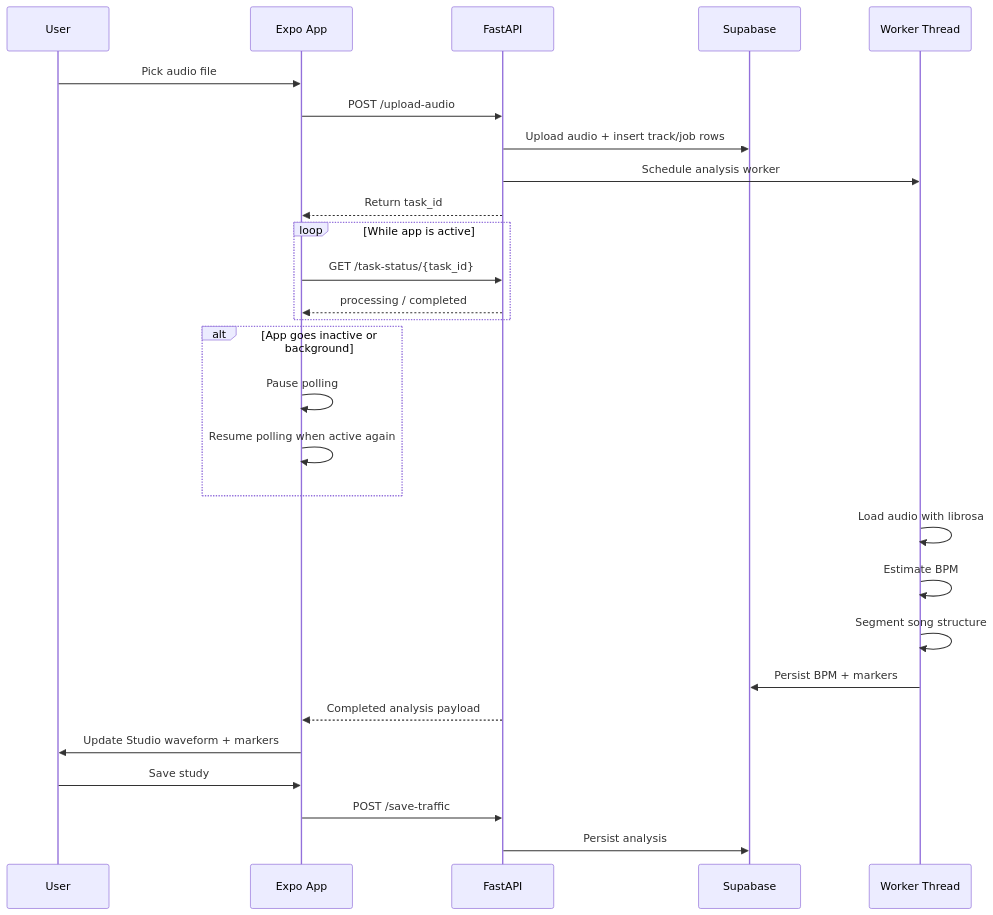
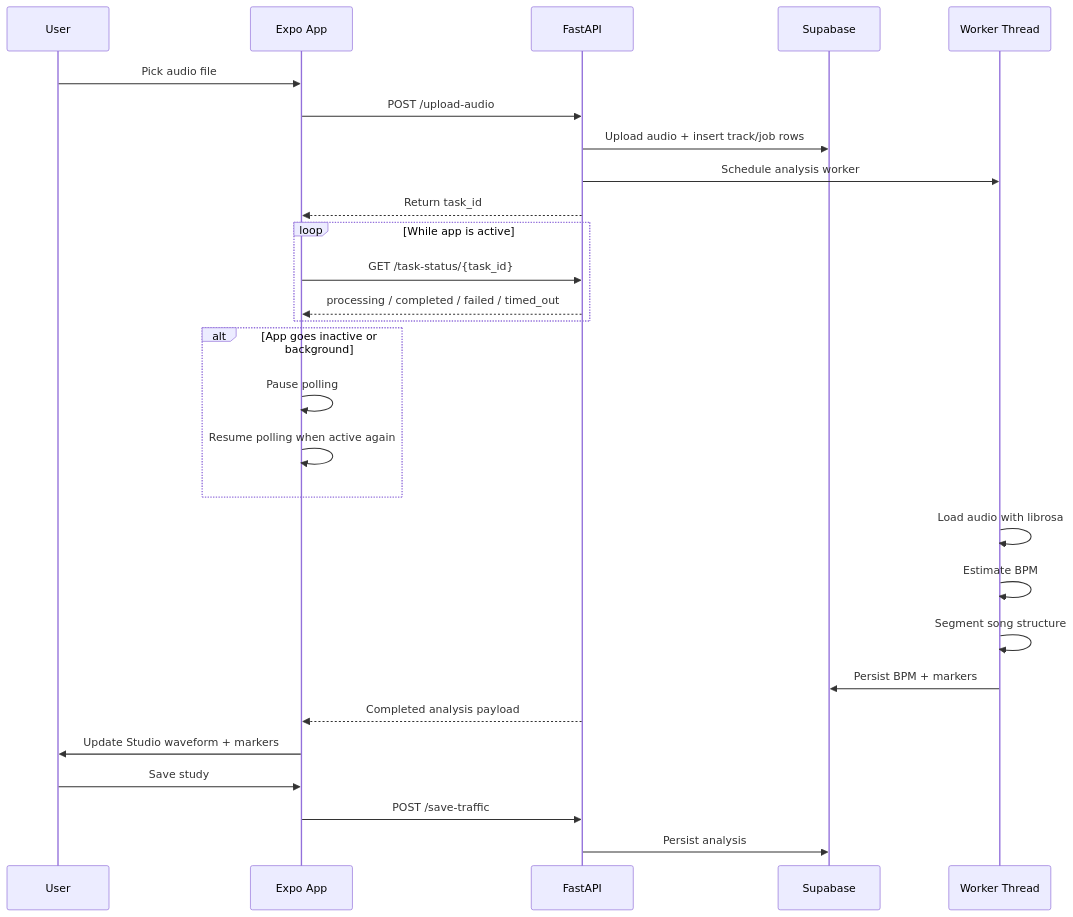
Before and after one commit to Gucera/TuneUp-Shut-the-SOUND-up-: the fifth of 5 diagrams in README.md, drawn with Mermaid. The commit also changed other lines of this file, not shown here.

````diff
--- a/README.md
+++ b/README.md
@@ -438,31 +441,31 @@
 ```mermaid
 sequenceDiagram
     participant U as User
     participant A as Expo App
     participant B as FastAPI
     participant S as Supabase
     participant W as Worker Thread
 
     U->>A: Pick audio file
     A->>B: POST /upload-audio
     B->>S: Upload audio + insert track/job rows
     B->>W: Schedule analysis worker
     B-->>A: Return task_id
     loop While app is active
         A->>B: GET /task-status/{task_id}
-        B-->>A: processing / completed
+        B-->>A: processing / completed / failed / timed_out
     end
     alt App goes inactive or background
         A->>A: Pause polling
         A->>A: Resume polling when active again
     end
     W->>W: Load audio with librosa
     W->>W: Estimate BPM
     W->>W: Segment song structure
     W->>S: Persist BPM + markers
     B-->>A: Completed analysis payload
     A->>U: Update Studio waveform + markers
     U->>A: Save study
     A->>B: POST /save-traffic
     B->>S: Persist analysis
 ```
````
